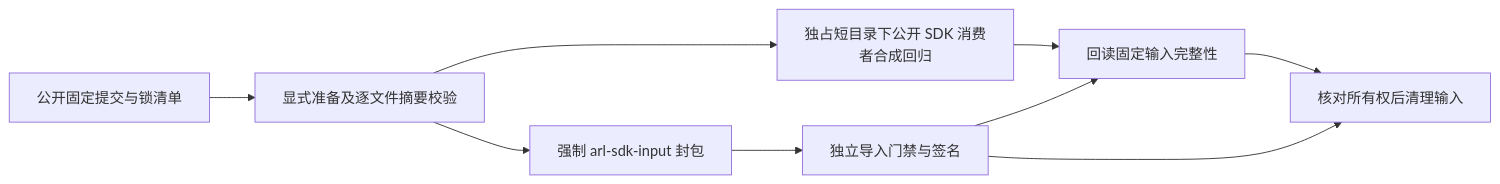
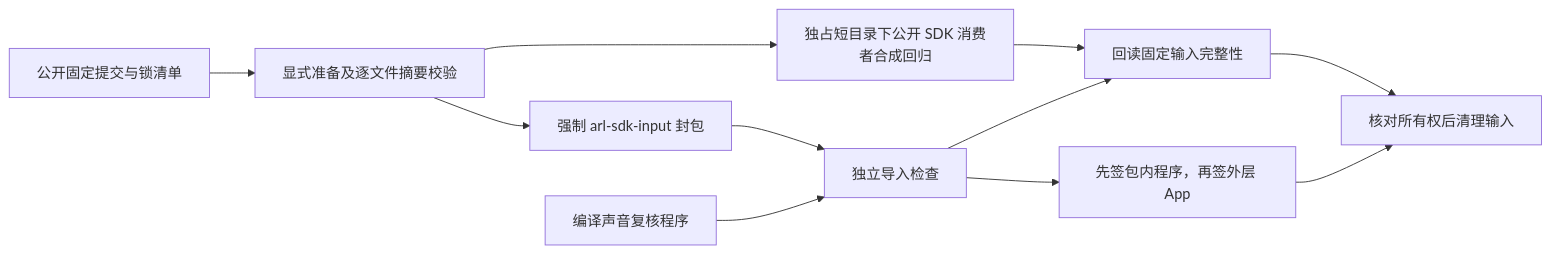
Before and after one commit to Geeprox/Friday: the diagram in docs/FRIDAY-DESKTOP-BUILD.md, drawn with Mermaid. The commit also changed other lines of this file and 7 other files, not shown here.

````diff
--- a/docs/FRIDAY-DESKTOP-BUILD.md
+++ b/docs/FRIDAY-DESKTOP-BUILD.md
@@ -46,11 +50,13 @@
 ```mermaid
 flowchart LR
   A[公开固定提交与锁清单] --> B[显式准备及逐文件摘要校验]
   B --> C[独占短目录下公开 SDK 消费者合成回归]
   B --> D[强制 arl-sdk-input 封包]
-  D --> E[独立导入门禁与签名]
+  D --> E[独立导入检查]
+  S[编译声音复核程序] --> E
+  E --> G[先签包内程序，再签外层 App]
   C --> V[回读固定输入完整性]
   E --> V
   V --> F[核对所有权后清理输入]
-  E --> F
+  G --> F
 ```
````
